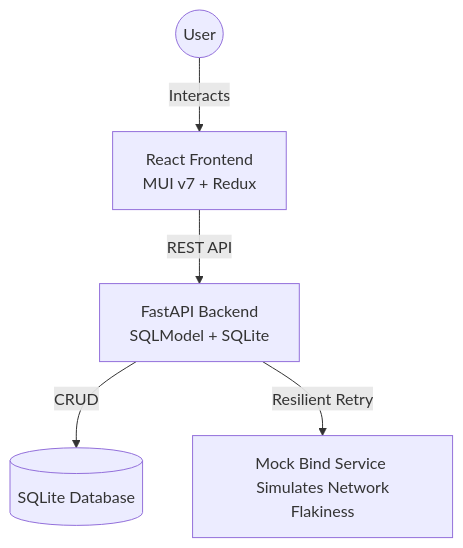
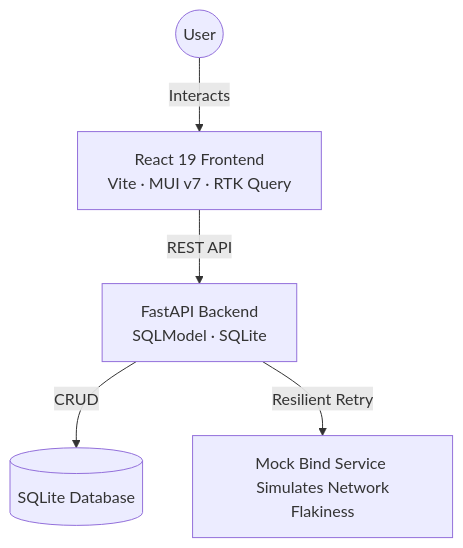
The first of 2 diagrams in README.md (izingor/great-subs), drawn with Mermaid before and after one commit. The commit also changed other lines of this file, not shown here.

````diff
--- a/README.md
+++ b/README.md
@@ -12,13 +14,13 @@
 ```mermaid
 graph TD
     User((User))
-    Client[React Frontend <br/> MUI v7 + Redux]
-    API[FastAPI Backend <br/> SQLModel + SQLite]
-    BindService[Mock Bind Service <br/> Simulates Network Flakiness]
-    DB[(SQLite Database)]
+    Client["React 19 Frontend <br/> Vite · MUI v7 · RTK Query"]
+    API["FastAPI Backend <br/> SQLModel · SQLite"]
+    BindService["Mock Bind Service <br/> Simulates Network Flakiness"]
+    DB[("SQLite Database")]
 
     User -->|Interacts| Client
     Client -->|REST API| API
     API -->|CRUD| DB
     API -->|Resilient Retry| BindService
 ```
````
